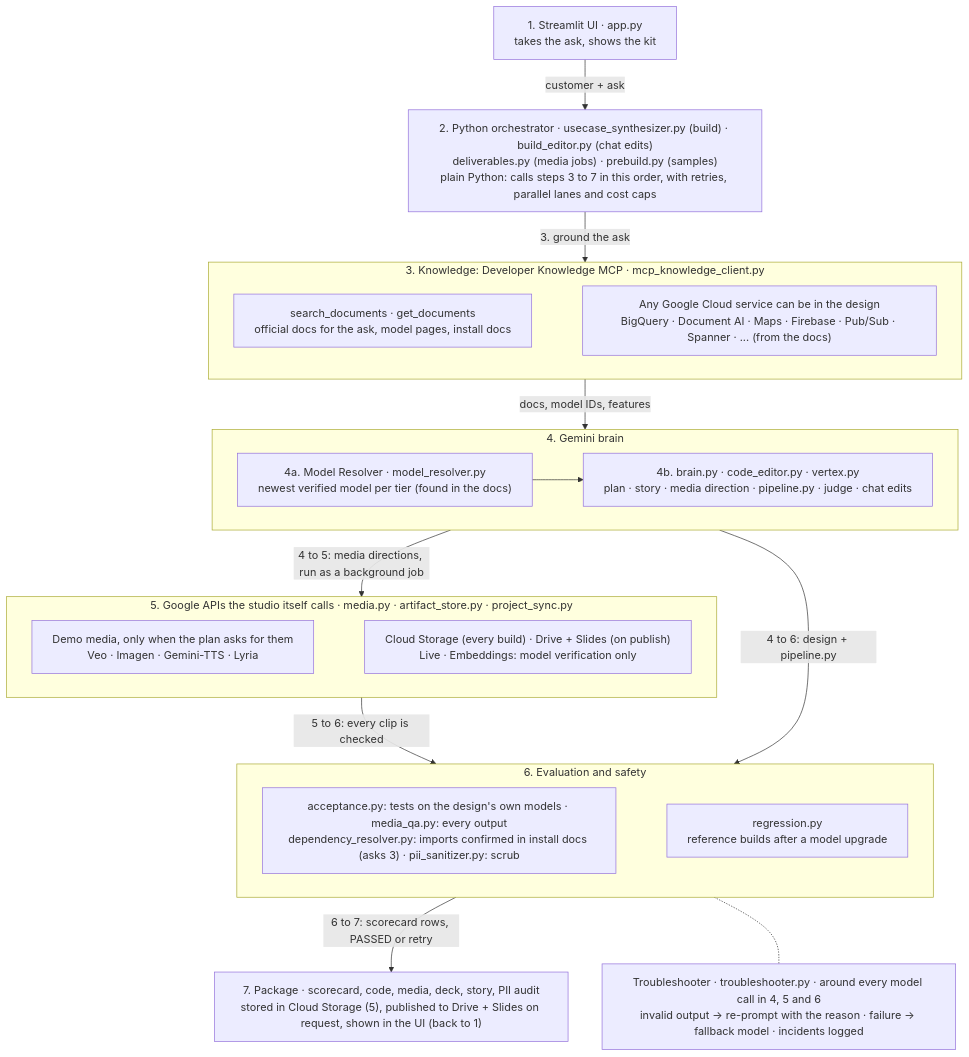
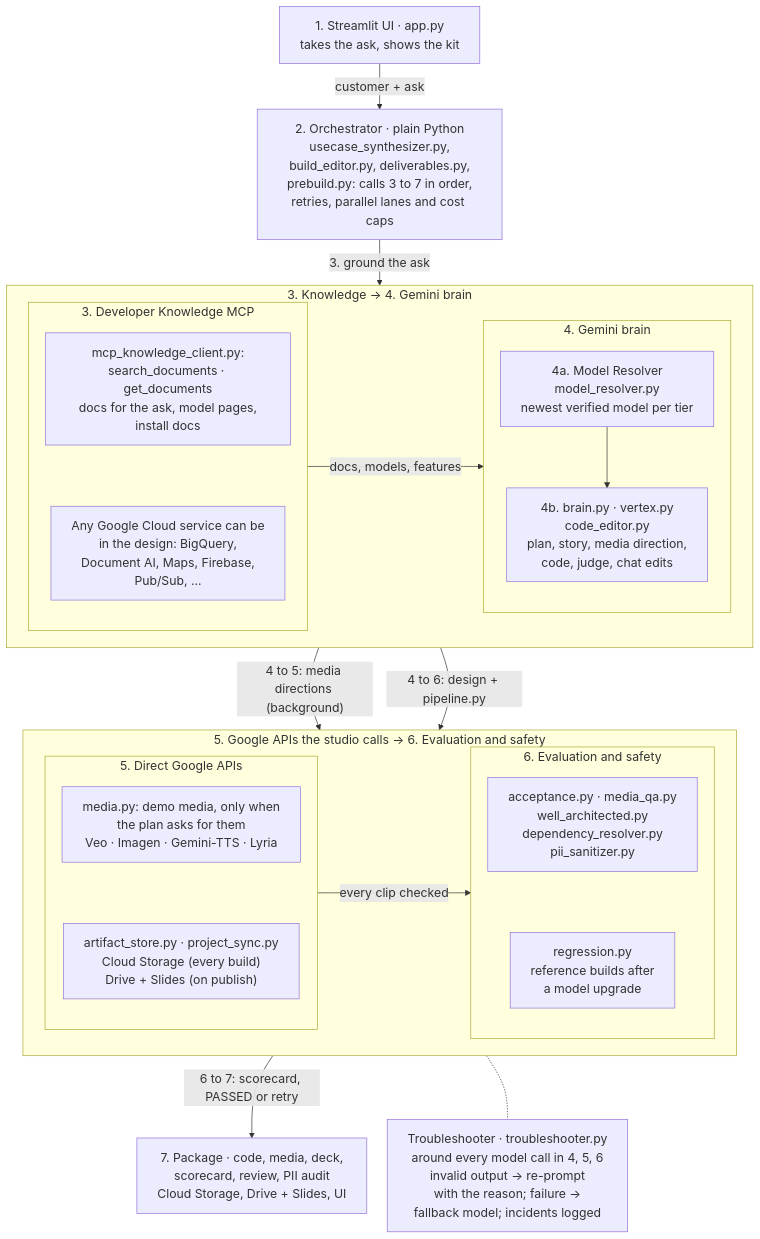
Before and after one commit to LUJ20/eliminating-custom-demo-toil-with-google-mcp: the second of 2 diagrams in README.md, drawn with Mermaid. The commit also changed other lines of this file, not shown here.

Commit message:
README: both diagrams in two columns with larger text (readable on GitHub)

````diff
--- a/README.md
+++ b/README.md
@@ -173,31 +173,38 @@
 ```mermaid
-%%{init: {"flowchart": {"wrappingWidth": 460}}}%%
+%%{init: {"themeVariables": {"fontSize": "18px"}, "flowchart": {"wrappingWidth": 300, "nodeSpacing": 30, "rankSpacing": 40}}}%%
 flowchart TB
     UI["1. Streamlit UI · app.py<br/>takes the ask, shows the kit"]
-    O["2. Python orchestrator · usecase_synthesizer.py (build) · build_editor.py (chat edits)<br/>deliverables.py (media jobs) · prebuild.py (samples)<br/>plain Python: calls steps 3 to 7 in this order, with retries, parallel lanes and cost caps"]
-    subgraph K ["3. Knowledge: Developer Knowledge MCP · mcp_knowledge_client.py"]
+    O["2. Orchestrator · plain Python<br/>usecase_synthesizer.py,<br/>build_editor.py, deliverables.py,<br/>prebuild.py: calls 3 to 7 in order,<br/>retries, parallel lanes and cost caps"]
+    subgraph KB ["3. Knowledge  →  4. Gemini brain"]
         direction LR
-        MCP["search_documents · get_documents<br/>official docs for the ask, model pages, install docs"] ~~~ ANY["Any Google Cloud service can be in the design<br/>BigQuery · Document AI · Maps · Firebase · Pub/Sub · Spanner · ... (from the docs)"]
+        subgraph K ["3. Developer Knowledge MCP"]
+            direction TB
+            MCP["mcp_knowledge_client.py:<br/>search_documents · get_documents<br/>docs for the ask, model pages,<br/>install docs"] ~~~ ANY["Any Google Cloud service can be<br/>in the design: BigQuery,<br/>Document AI, Maps, Firebase,<br/>Pub/Sub, ..."]
+        end
+        subgraph B ["4. Gemini brain"]
+            direction TB
+            R["4a. Model Resolver<br/>model_resolver.py<br/>newest verified model per tier"] --> G["4b. brain.py · vertex.py<br/>code_editor.py<br/>plan, story, media direction,<br/>code, judge, chat edits"]
+        end
+        MCP -->|"docs, models, features"| G
     end
-    subgraph B ["4. Gemini brain"]
+    subgraph TE ["5. Google APIs the studio calls  →  6. Evaluation and safety"]
         direction LR
-        R["4a. Model Resolver · model_resolver.py<br/>newest verified model per tier (found in the docs)"] --> G["4b. brain.py · code_editor.py · vertex.py<br/>plan · story · media direction · pipeline.py · judge · chat edits"]
+        subgraph T ["5. Direct Google APIs"]
+            direction TB
+            MED["media.py: demo media, only when<br/>the plan asks for them<br/>Veo · Imagen · Gemini-TTS · Lyria"] ~~~ ST["artifact_store.py · project_sync.py<br/>Cloud Storage (every build)<br/>Drive + Slides (on publish)"]
+        end
+        subgraph E ["6. Evaluation and safety"]
+            direction TB
+            EV["acceptance.py · media_qa.py<br/>well_architected.py<br/>dependency_resolver.py<br/>pii_sanitizer.py"] ~~~ RG["regression.py<br/>reference builds after<br/>a model upgrade"]
+        end
+        MED -->|"every clip checked"| EV
     end
-    subgraph T ["5. Google APIs the studio itself calls · media.py · artifact_store.py · project_sync.py"]
-        direction LR
-        MED["Demo media, only when the plan asks for them<br/>Veo · Imagen · Gemini-TTS · Lyria"] ~~~ ST["Cloud Storage (every build) · Drive + Slides (on publish)<br/>Live · Embeddings: model verification only"]
-    end
-    subgraph E ["6. Evaluation and safety"]
-        direction LR
-        EV["acceptance.py: tests on the design's own models · media_qa.py: every output<br/>dependency_resolver.py: imports confirmed in install docs (asks 3) · pii_sanitizer.py: scrub"] ~~~ RG["regression.py<br/>reference builds after a model upgrade"]
-    end
-    P["7. Package · scorecard, code, media, deck, story, PII audit<br/>stored in Cloud Storage (5), published to Drive + Slides on request, shown in the UI (back to 1)"]
+    P["7. Package · code, media, deck,<br/>scorecard, review, PII audit<br/>Cloud Storage, Drive + Slides, UI"]
+    TS["Troubleshooter · troubleshooter.py<br/>around every model call in 4, 5, 6<br/>invalid output → re-prompt<br/>with the reason; failure →<br/>fallback model; incidents logged"]
     UI -->|"customer + ask"| O
     O -->|"3. ground the ask"| MCP
-    MCP -->|"docs, model IDs, features"| G
-    G -->|"4 to 5: media directions, run as a background job"| MED
+    G -->|"4 to 5: media directions (background)"| MED
     G -->|"4 to 6: design + pipeline.py"| EV
-    MED -->|"5 to 6: every clip is checked"| EV
-    EV -->|"6 to 7: scorecard rows, PASSED or retry"| P
-    EV -.- TS["Troubleshooter · troubleshooter.py · around every model call in 4, 5 and 6<br/>invalid output → re-prompt with the reason · failure → fallback model · incidents logged"]
+    EV -->|"6 to 7: scorecard, PASSED or retry"| P
+    TE -.- TS
 ```
````
